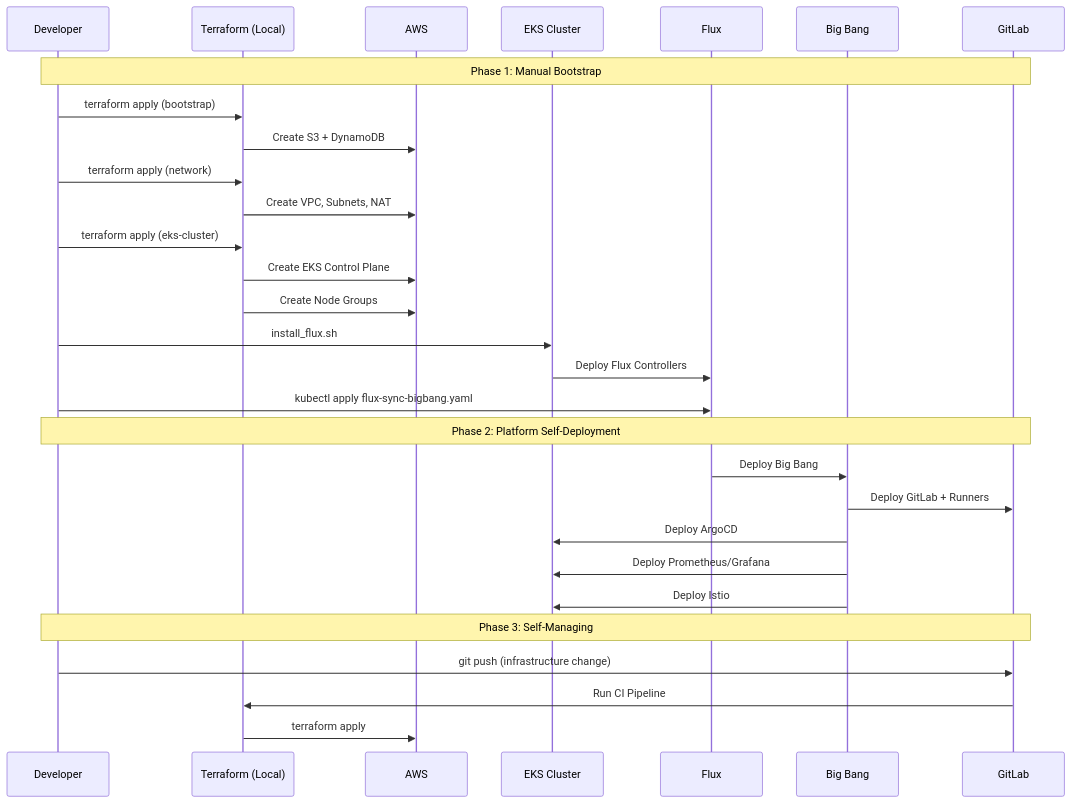
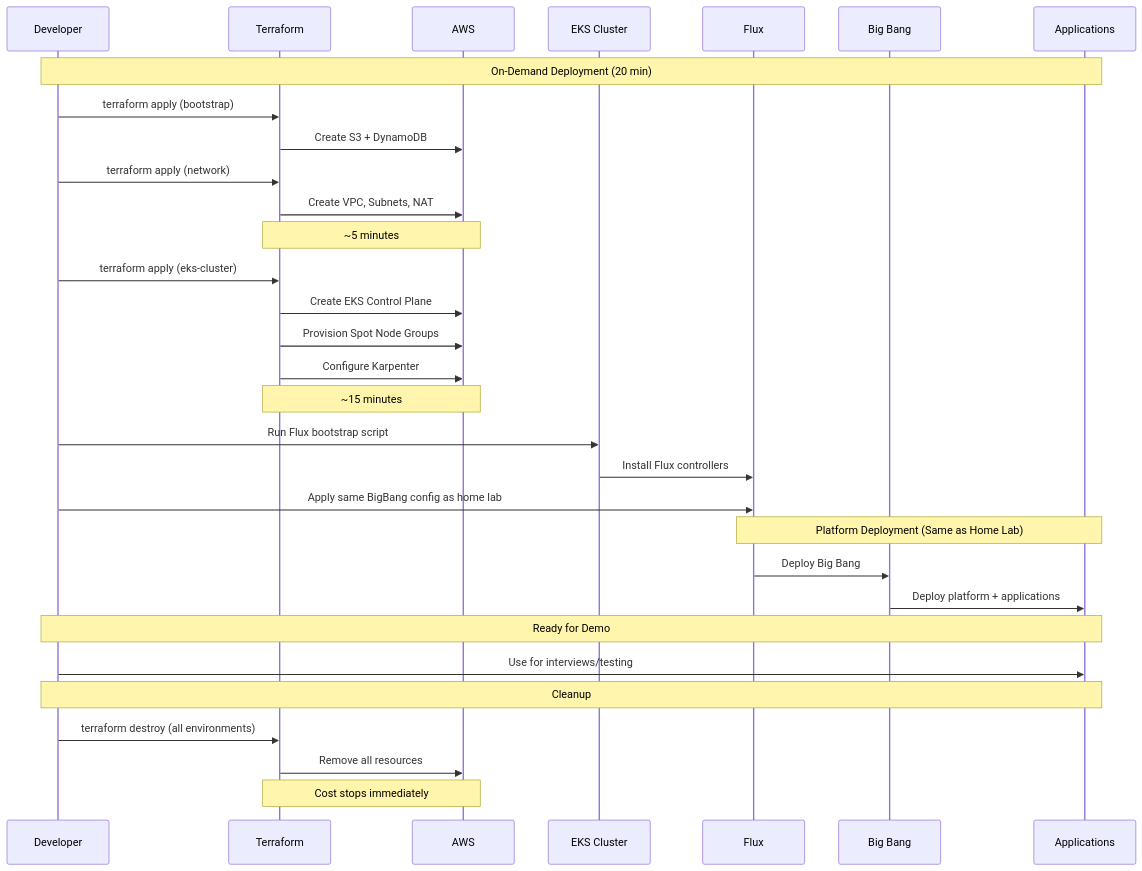
The fourth of 4 diagrams in README.md (zavestudios/zavestudios), drawn with Mermaid before and after one commit. The commit also changed other lines of this file and 6 other files, not shown here.

````diff
--- a/README.md
+++ b/README.md
@@ -192,38 +397,45 @@
 ```mermaid
 sequenceDiagram
     participant Dev as Developer
-    participant TF as Terraform (Local)
+    participant TF as Terraform
     participant AWS as AWS
-    participant K8s as EKS Cluster
+    participant EKS as EKS Cluster
     participant Flux as Flux
     participant BB as Big Bang
-    participant GL as GitLab
+    participant Apps as Applications
 
-    Note over Dev,GL: Phase 1: Manual Bootstrap
+    Note over Dev,Apps: On-Demand Deployment (20 min)
+    
     Dev->>TF: terraform apply (bootstrap)
     TF->>AWS: Create S3 + DynamoDB
     
     Dev->>TF: terraform apply (network)
     TF->>AWS: Create VPC, Subnets, NAT
+    Note over TF,AWS: ~5 minutes
     
     Dev->>TF: terraform apply (eks-cluster)
     TF->>AWS: Create EKS Control Plane
-    TF->>AWS: Create Node Groups
+    TF->>AWS: Provision Spot Node Groups
+    TF->>AWS: Configure Karpenter
+    Note over TF,AWS: ~15 minutes
     
-    Dev->>K8s: install_flux.sh
-    K8s->>Flux: Deploy Flux Controllers
+    Dev->>EKS: Run Flux bootstrap script
+    EKS->>Flux: Install Flux controllers
     
-    Dev->>Flux: kubectl apply flux-sync-bigbang.yaml
+    Dev->>Flux: Apply same BigBang config as home lab
     
-    Note over Dev,GL: Phase 2: Platform Self-Deployment
+    Note over Flux,Apps: Platform Deployment (Same as Home Lab)
+    
     Flux->>BB: Deploy Big Bang
-    BB->>GL: Deploy GitLab + Runners
-    BB->>K8s: Deploy ArgoCD
-    BB->>K8s: Deploy Prometheus/Grafana
-    BB->>K8s: Deploy Istio
+    BB->>Apps: Deploy platform + applications
     
-    Note over Dev,GL: Phase 3: Self-Managing
-    Dev->>GL: git push (infrastructure change)
-    GL->>TF: Run CI Pipeline
-    TF->>AWS: terraform apply
+    Note over Dev,Apps: Ready for Demo
+    
+    Dev->>Apps: Use for interviews/testing
+    
+    Note over Dev,Apps: Cleanup
+    
+    Dev->>TF: terraform destroy (all environments)
+    TF->>AWS: Remove all resources
+    Note over TF,AWS: Cost stops immediately
 ```
````
